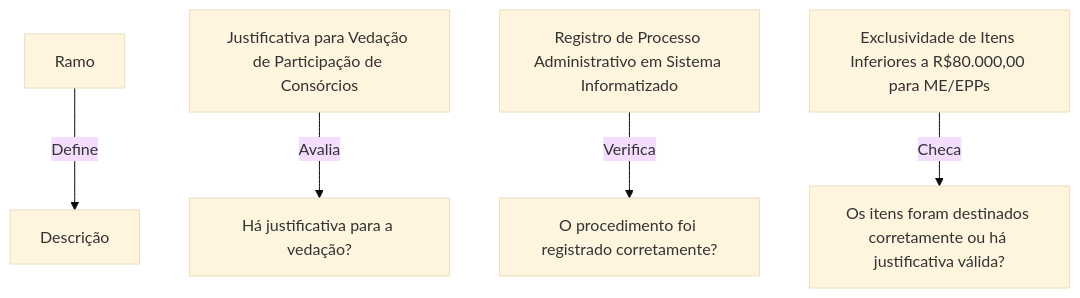
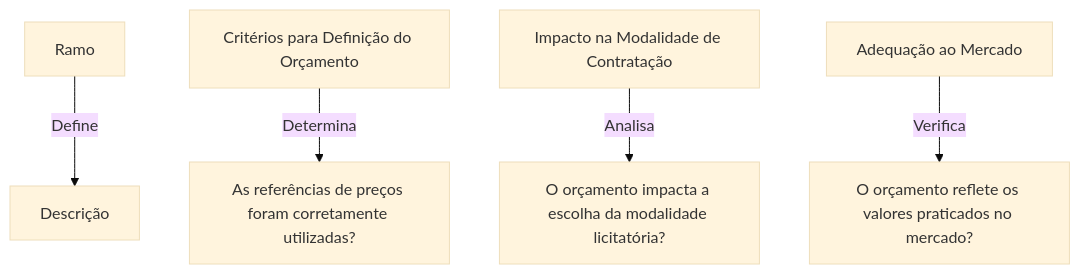
The third of 4 diagrams in docs/resources/tree.md (meirelesgc/iaEditais-back), drawn with Mermaid (base theme) before and after one commit. The commit also changed other lines of this file and 2 other files, not shown here.

````diff
--- a/docs/resources/tree.md
+++ b/docs/resources/tree.md
@@ -39,8 +43,8 @@
 ```mermaid
 graph TD
     A[Ramo] -->|Define| B[Descrição]
 
-    A1[Justificativa para Vedação de Participação de Consórcios] -->|Avalia| B1[Há justificativa para a vedação?]
-    A2[Registro de Processo Administrativo em Sistema Informatizado] -->|Verifica| B2[O procedimento foi registrado corretamente?]
-    A3[Exclusividade de Itens Inferiores a R$80.000,00 para ME/EPPs] -->|Checa| B3[Os itens foram destinados corretamente ou há justificativa válida?]
+    A1[Critérios para Definição do Orçamento] -->|Determina| B1[As referências de preços foram corretamente utilizadas?]
+    A2[Impacto na Modalidade de Contratação] -->|Analisa| B2[O orçamento impacta a escolha da modalidade licitatória?]
+    A3[Adequação ao Mercado] -->|Verifica| B3[O orçamento reflete os valores praticados no mercado?]
 ```
````
